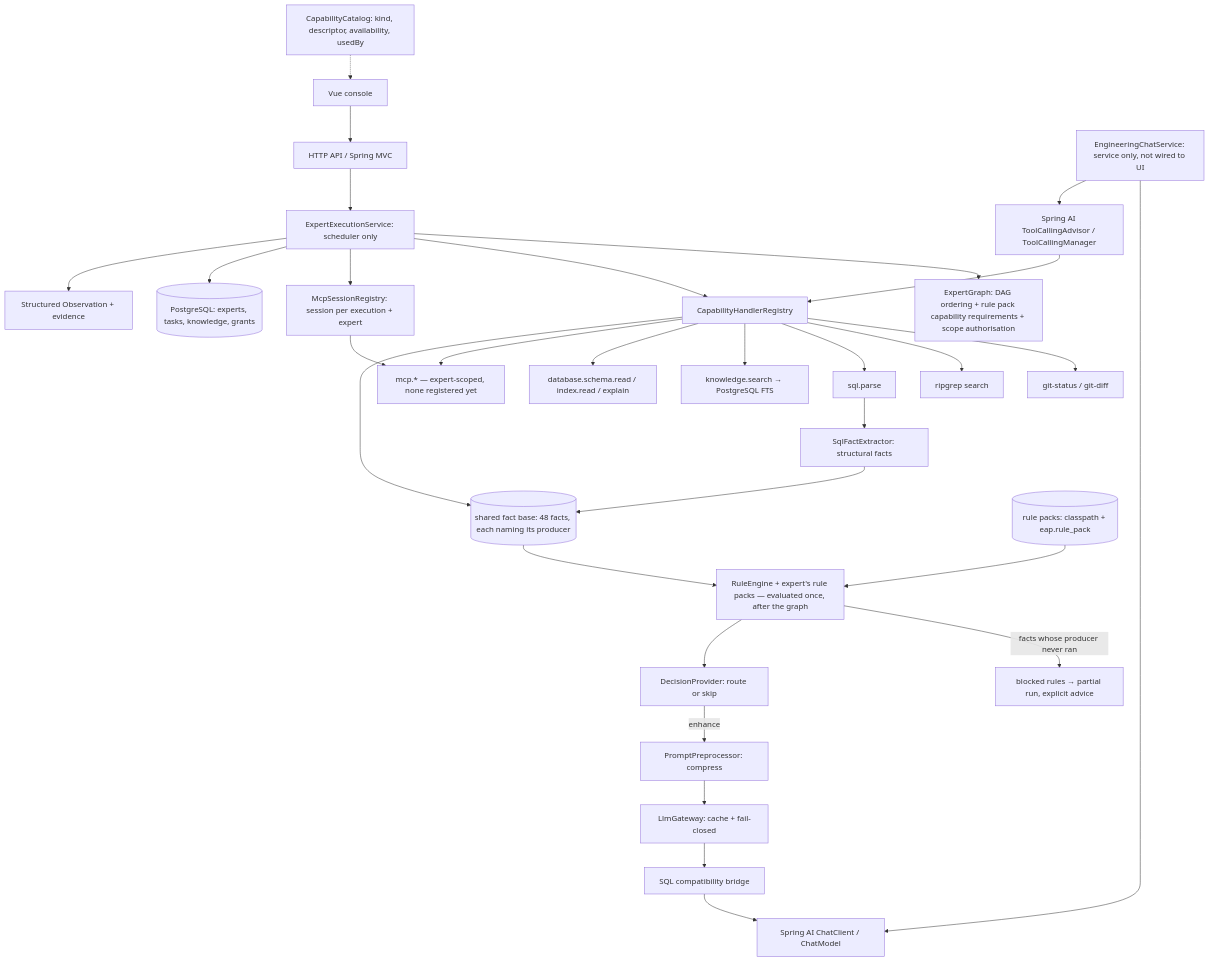
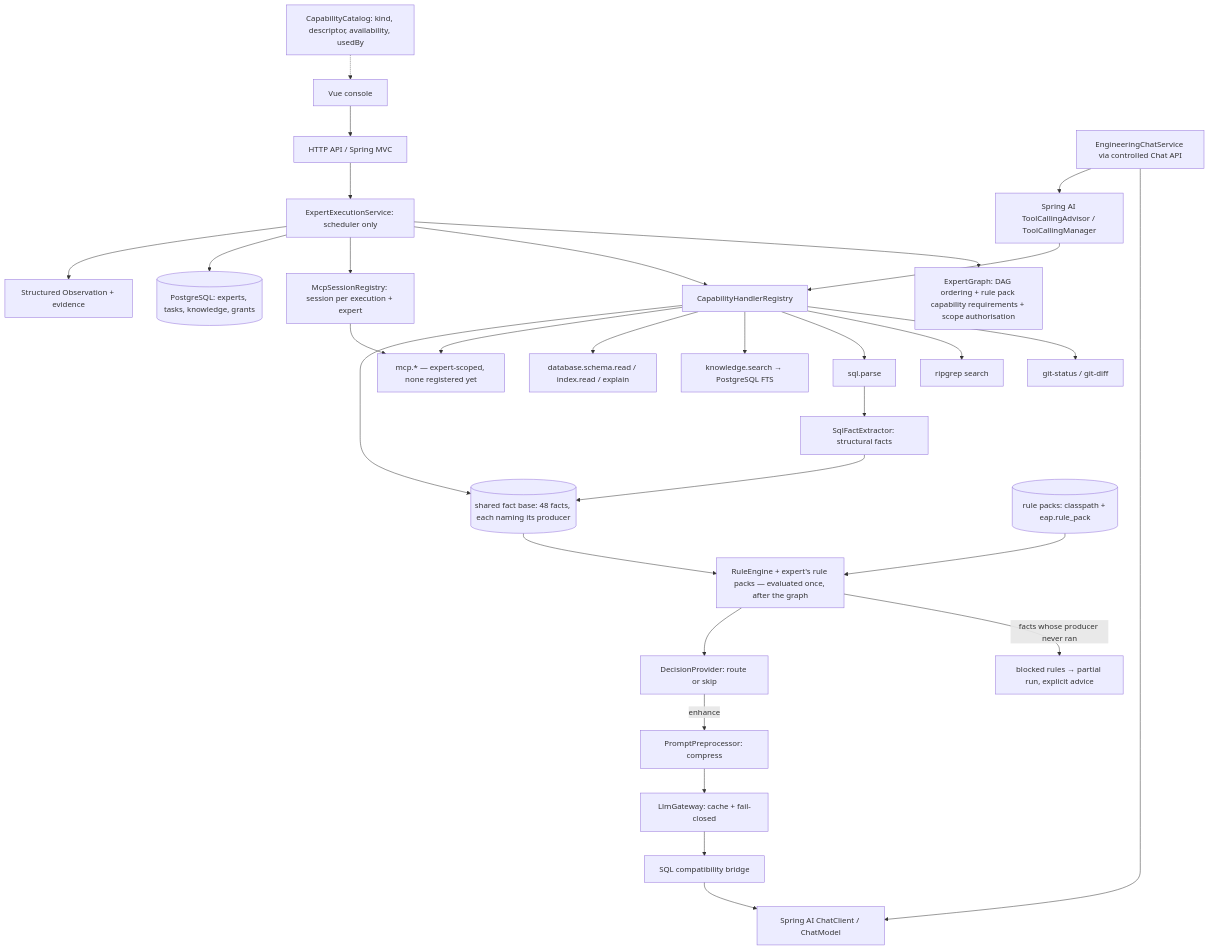
One commit to LiaoHan5426/Engineering-Automation-Platform changed the first of 2 diagrams in docs/architecture.md. Above: the diagram before and after it, drawn with Mermaid. The commit also changed other lines of this file and 263 other files, not shown here.

````diff
--- a/docs/architecture.md
+++ b/docs/architecture.md
@@ -52,32 +59,32 @@
 ```mermaid
 flowchart TB
   UI[Vue console] --> API[HTTP API / Spring MVC]
   API --> Exec[ExpertExecutionService: scheduler only]
   Exec --> Graph[ExpertGraph: DAG ordering + rule pack capability requirements + scope authorisation]
   Exec --> Handlers[CapabilityHandlerRegistry]
   Handlers --> Git[git-status / git-diff]
   Handlers --> RG[ripgrep search]
   Handlers --> Sql[sql.parse]
   Handlers --> KB[knowledge.search → PostgreSQL FTS]
   Handlers --> Db[database.schema.read / index.read / explain]
   Handlers --> Mcp[mcp.* — expert-scoped, none registered yet]
   Exec --> Sessions[McpSessionRegistry: session per execution + expert]
   Sessions --> Mcp
   Sql --> Extractor[SqlFactExtractor: structural facts]
   Extractor --> FactBase[(shared fact base: 48 facts, each naming its producer)]
   Handlers --> FactBase
   FactBase --> Rules[RuleEngine + expert's rule packs — evaluated once, after the graph]
   Rules -->|facts whose producer never ran| Blocked[blocked rules → partial run, explicit advice]
   Rules --> Decision[DecisionProvider: route or skip]
   Decision -->|enhance| Pre[PromptPreprocessor: compress]
   Pre --> GW[LlmGateway: cache + fail-closed]
   GW --> Prov[SQL compatibility bridge]
   Prov --> SpringAI[Spring AI ChatClient / ChatModel]
-  ChatService[EngineeringChatService: service only, not wired to UI] --> SpringAI
+  ChatService[EngineeringChatService via controlled Chat API] --> SpringAI
   ChatService --> Tools[Spring AI ToolCallingAdvisor / ToolCallingManager]
   Tools --> Handlers
   Packs[(rule packs: classpath + eap.rule_pack)] --> Rules
   Catalog[CapabilityCatalog: kind, descriptor, availability, usedBy] -.-> UI
   Exec --> Store[(PostgreSQL: experts, tasks, knowledge, grants)]
   Exec --> Obs[Structured Observation + evidence]
 ```
````
